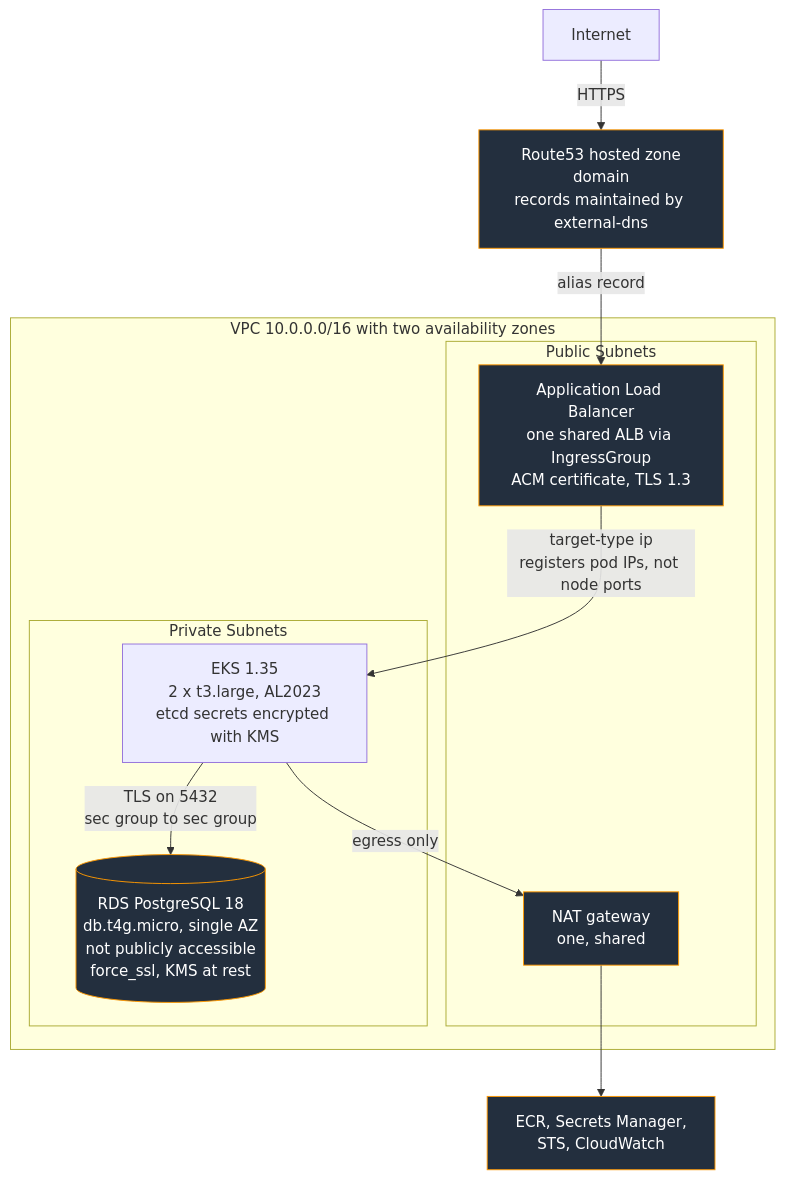
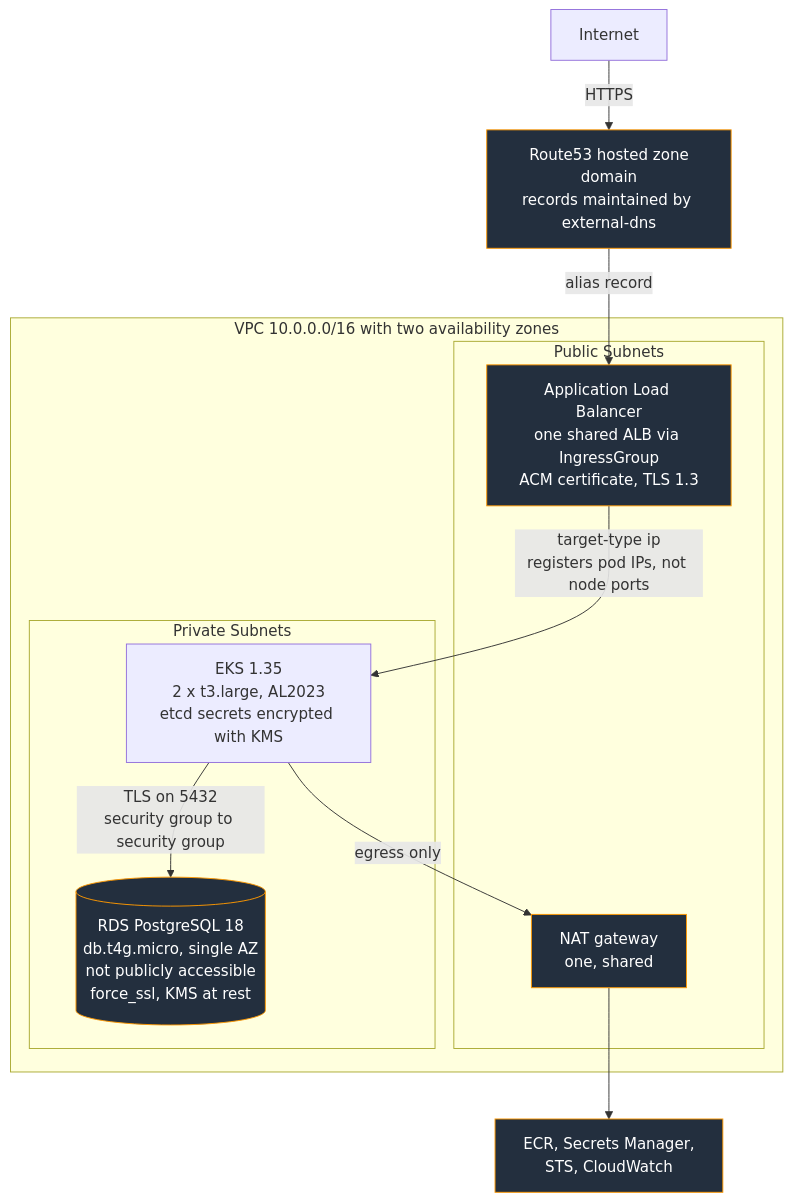
One commit to grandemeks/eks-platform changed the first of 3 diagrams in README.md. Above: the diagram before and after it, drawn with Mermaid. The commit also changed other lines of this file, not shown here.

````diff
--- a/README.md
+++ b/README.md
@@ -18,24 +18,24 @@
 ```mermaid
 flowchart TB
     user["Internet"] -->|"HTTPS"| r53["Route53 hosted zone<br/>domain<br/>records maintained by external-dns"]
     r53 -->|"alias record"| alb
 
     subgraph VPC["VPC 10.0.0.0/16 with two availability zones"]
         subgraph PUB["Public Subnets"]
             alb["Application Load Balancer<br/>one shared ALB via IngressGroup<br/>ACM certificate, TLS 1.3"]
             nat["NAT gateway<br/>one, shared"]
         end
         subgraph PRIV["Private Subnets"]
             nodes["EKS 1.35<br/>2 x t3.large, AL2023<br/>etcd secrets encrypted with KMS"]
             rds[("RDS PostgreSQL 18<br/>db.t4g.micro, single AZ<br/>not publicly accessible<br/>force_ssl, KMS at rest")]
         end
     end
 
     alb -->|"target-type ip<br/>registers pod IPs, not node ports"| nodes
-    nodes -->|"TLS on 5432<br/>sec group to sec group"| rds
+    nodes -->|"TLS on 5432<br/>security group to security group"| rds
     nodes -->|"egress only"| nat
     nat --> aws["ECR, Secrets Manager,<br/>STS, CloudWatch"]
 
     classDef aws fill:#232f3e,stroke:#ff9900,color:#ffffff
     class alb,nat,rds,r53,aws aws
 ```
````
